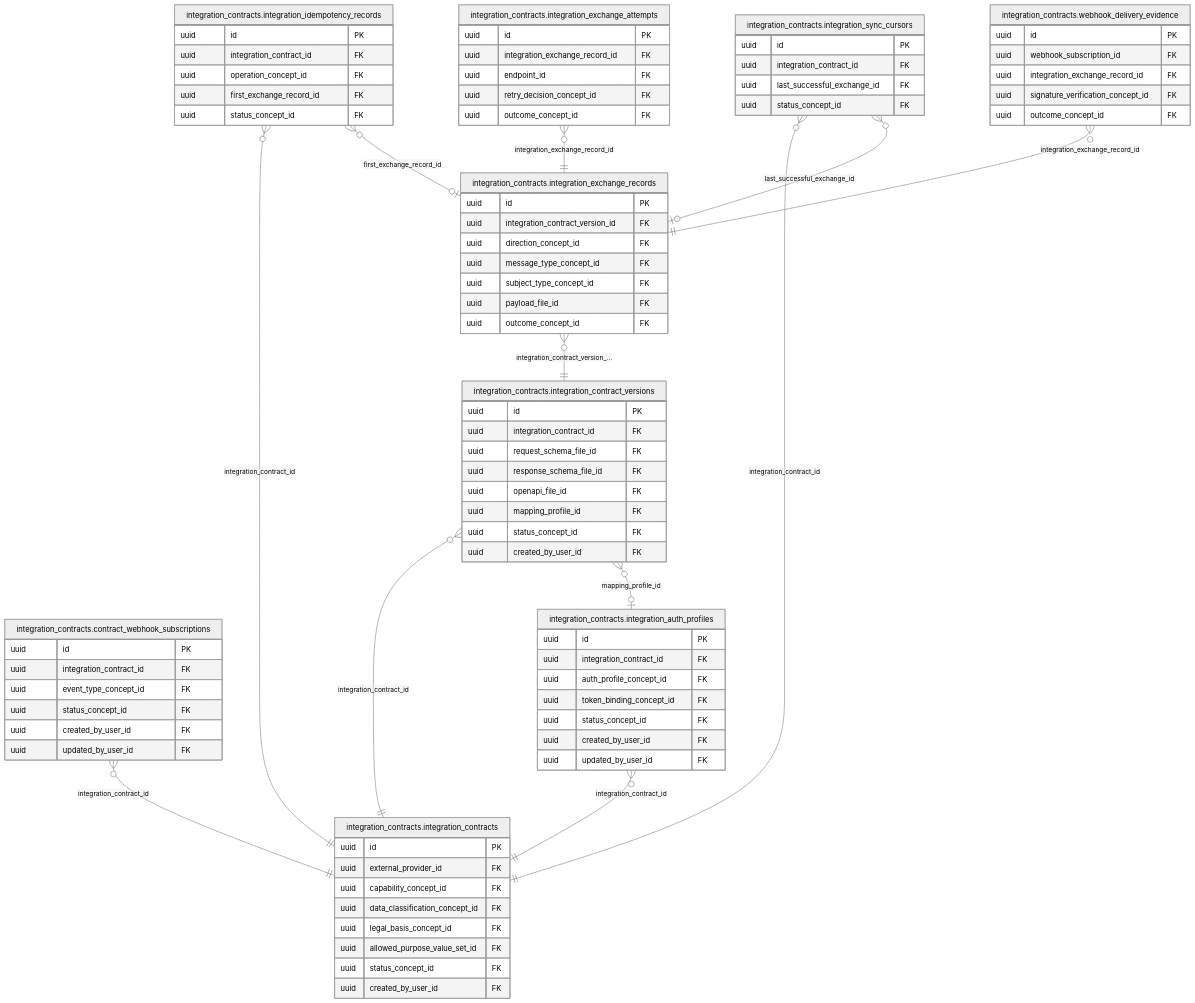
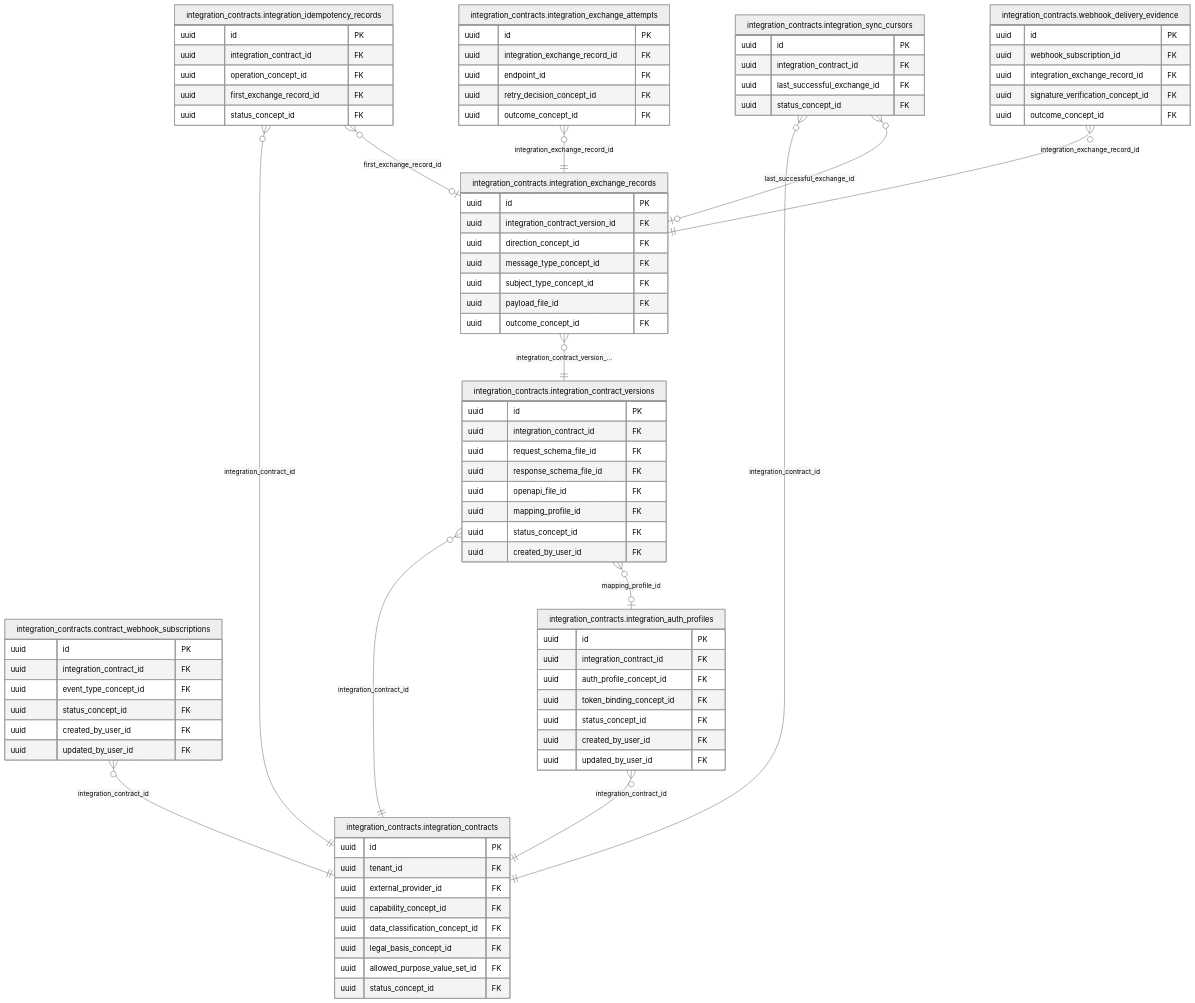
Before and after one commit to mdavila-2001/mantra-core-health-api: the diagram in docs/inventario/catalogo/integration_contracts.md, drawn with Mermaid (neutral theme). The commit also changed other lines of this file and 1040 other files, not shown here.

```diff
--- a/docs/inventario/catalogo/integration_contracts.md
+++ b/docs/inventario/catalogo/integration_contracts.md
@@ -38,13 +38,13 @@
   }
   integration_contracts_integration_contracts["integration_contracts.integration_contracts"] {
     uuid id PK
+    uuid tenant_id FK
     uuid external_provider_id FK
     uuid capability_concept_id FK
     uuid data_classification_concept_id FK
     uuid legal_basis_concept_id FK
     uuid allowed_purpose_value_set_id FK
     uuid status_concept_id FK
-    uuid created_by_user_id FK
   }
   integration_contracts_integration_auth_profiles["integration_contracts.integration_auth_profiles"] {
     uuid id PK
```
